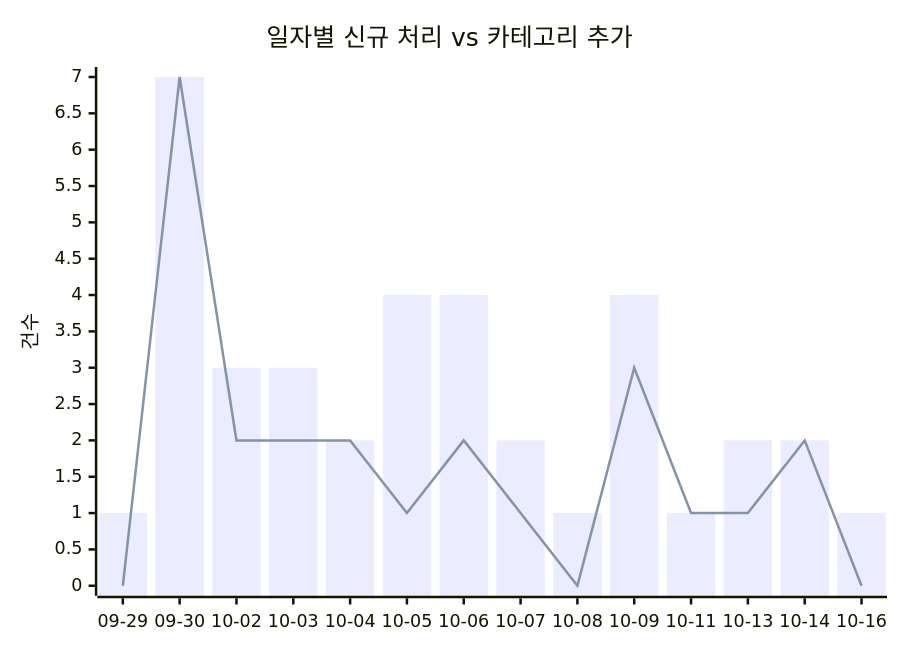
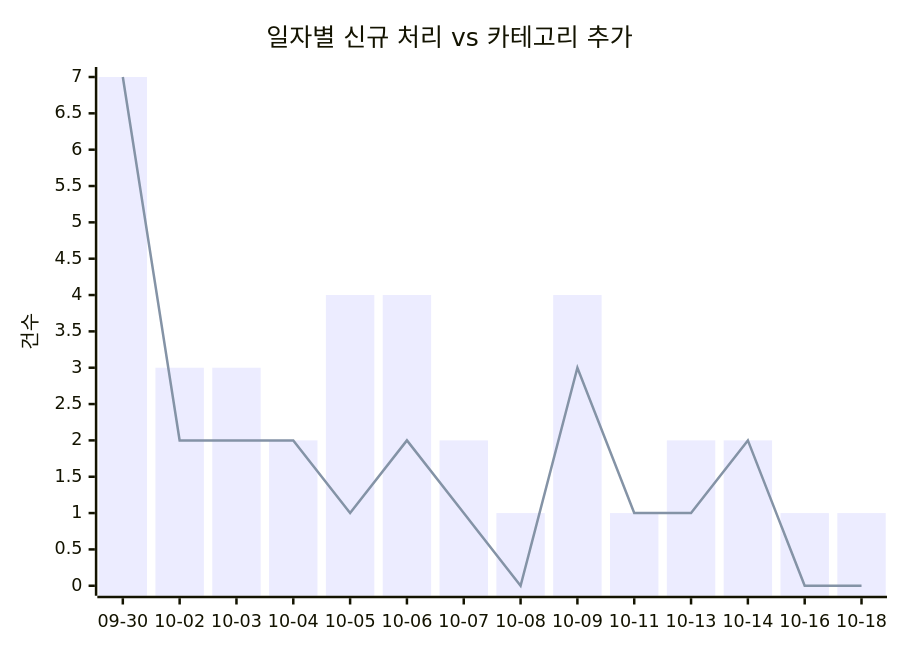
The first of 2 diagrams in docs/trends.md (J-nowcow/awesome-korean-agent-skills), drawn with Mermaid before and after one commit. The commit also changed other lines of this file and 2 other files, not shown here.

````diff
--- a/docs/trends.md
+++ b/docs/trends.md
@@ -32,8 +32,8 @@
 ```mermaid
 xychart-beta
     title "일자별 신규 처리 vs 카테고리 추가"
-    x-axis ["09-29","09-30","10-02","10-03","10-04","10-05","10-06","10-07","10-08","10-09","10-11","10-13","10-14","10-16"]
+    x-axis ["09-30","10-02","10-03","10-04","10-05","10-06","10-07","10-08","10-09","10-11","10-13","10-14","10-16","10-18"]
     y-axis "건수"
-    bar [1,7,3,3,2,4,4,2,1,4,1,2,2,1]
-    line [0,7,2,2,2,1,2,1,0,3,1,1,2,0]
+    bar [7,3,3,2,4,4,2,1,4,1,2,2,1,1]
+    line [7,2,2,2,1,2,1,0,3,1,1,2,0,0]
 ```
````
